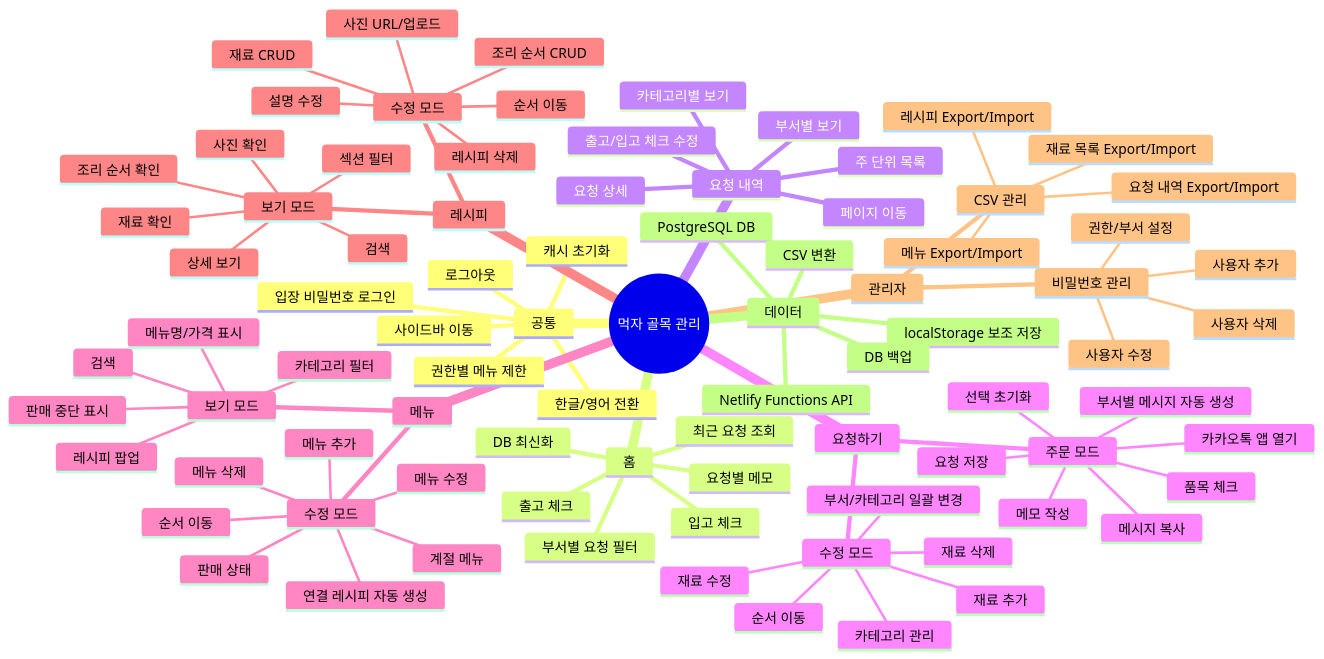
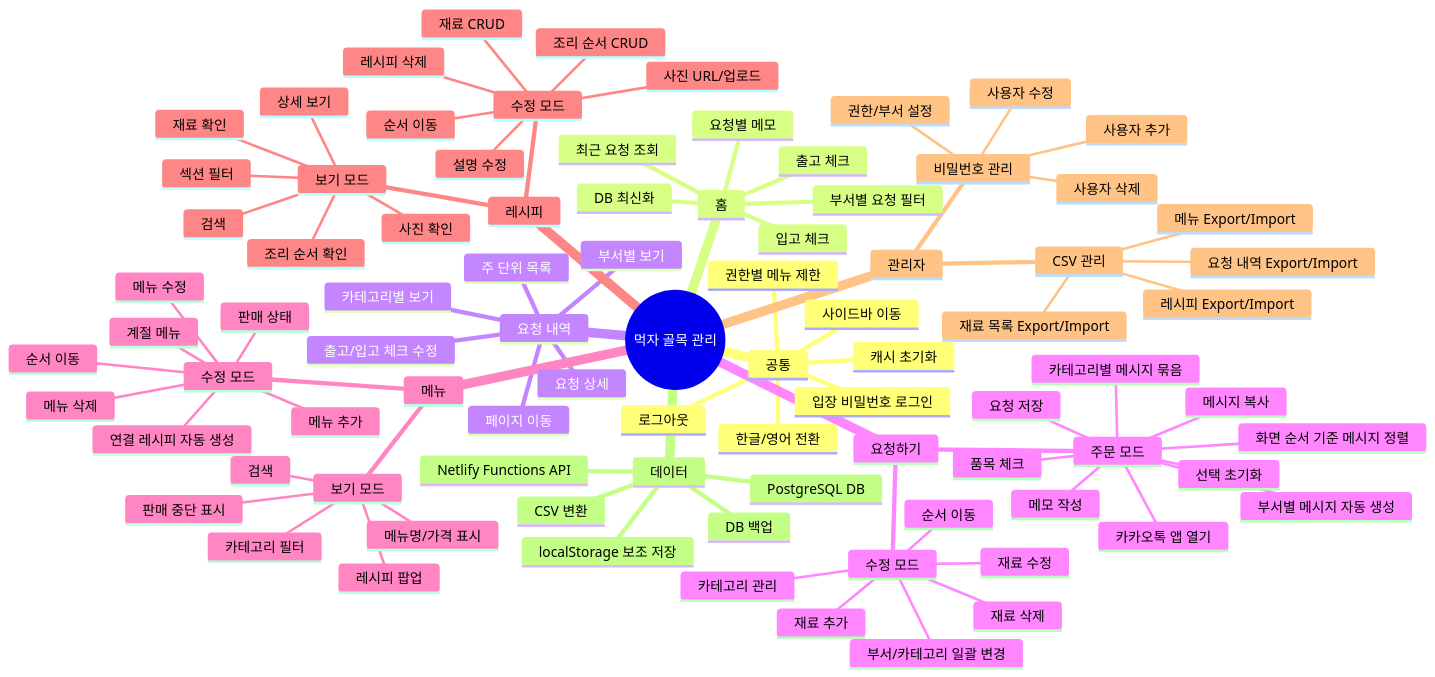
The diagram in docs/mukja-function-tree-ko.md (itsfreedom/mukja), drawn with Mermaid before and after one commit. The commit also changed other lines of this file and 13 other files, not shown here.

```diff
--- a/docs/mukja-function-tree-ko.md
+++ b/docs/mukja-function-tree-ko.md
@@ -37,6 +37,8 @@
         메모 작성
         요청 저장
         부서별 메시지 자동 생성
+        화면 순서 기준 메시지 정렬
+        카테고리별 메시지 묶음
         메시지 복사
         카카오톡 앱 열기
         선택 초기화
```
